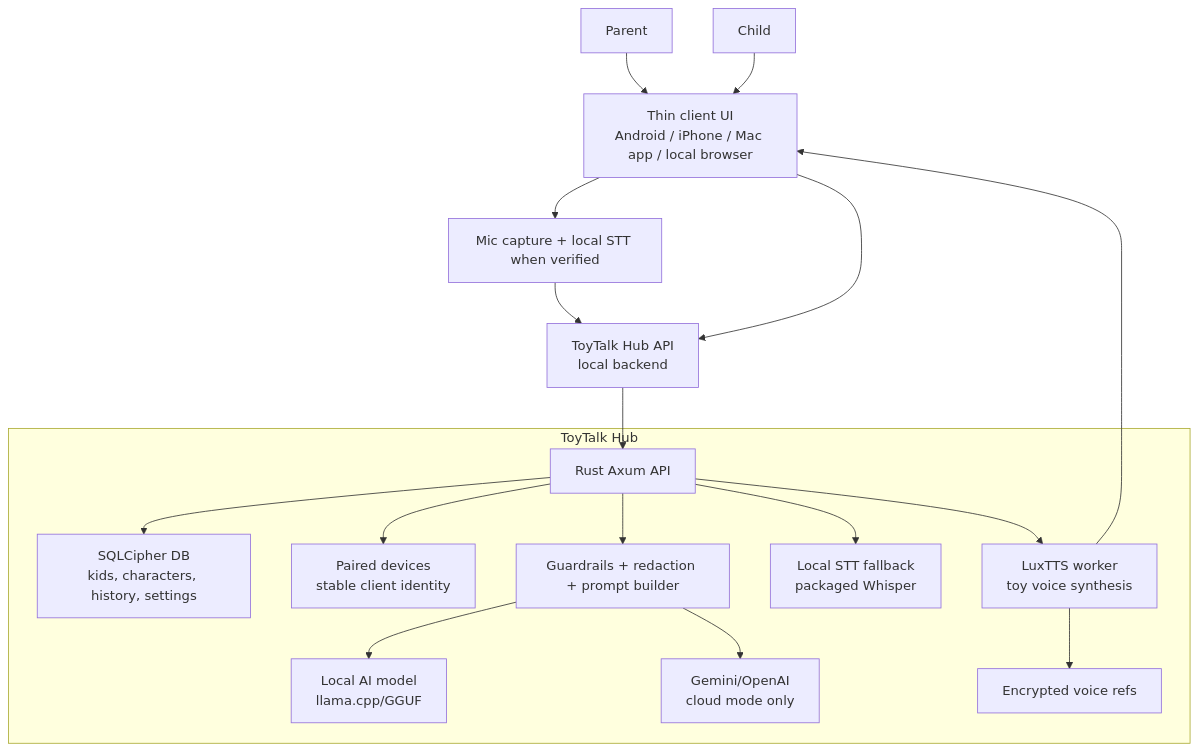
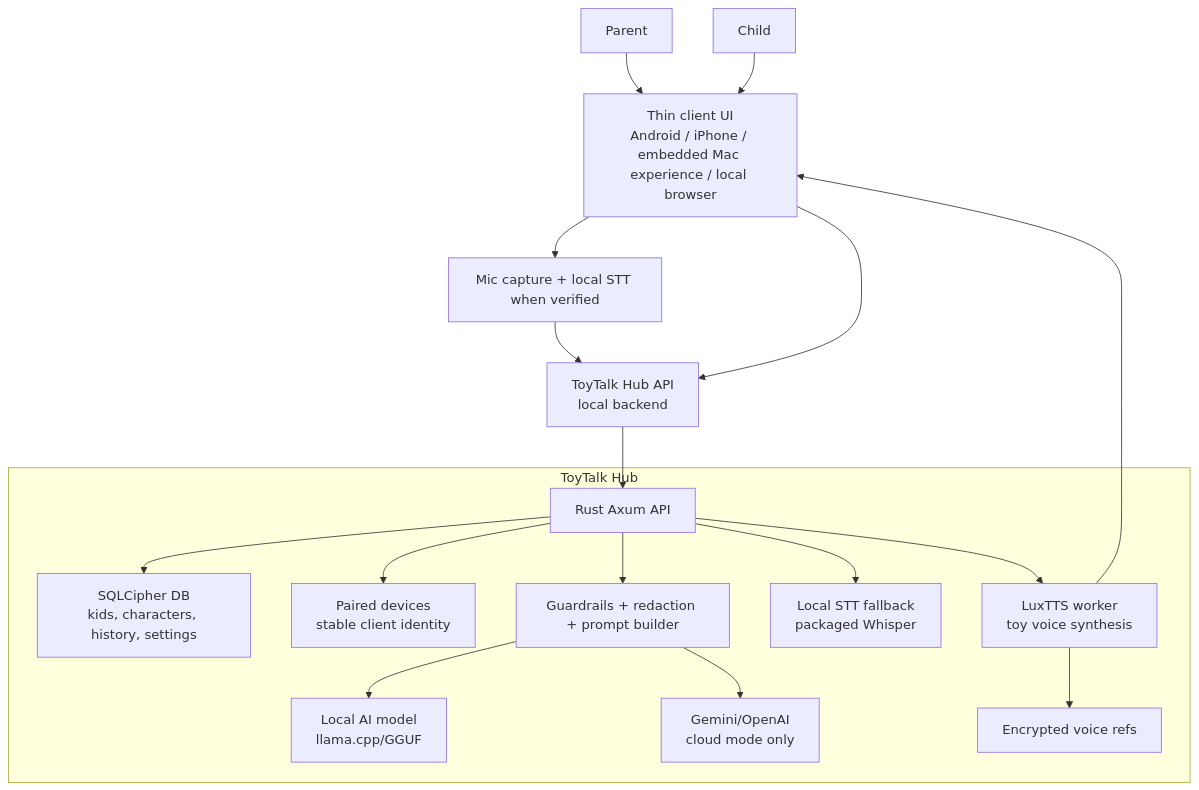
One commit to palwe-prafulla/plushpal changed the first of 4 diagrams in docs/architecture/SYSTEM_DESIGN.md. Above: the diagram before and after it, drawn with Mermaid. The commit also changed other lines of this file and 18 other files, not shown here.

Commit message:
Package Mac client inside ToyTalk Hub

````diff
--- a/docs/architecture/SYSTEM_DESIGN.md
+++ b/docs/architecture/SYSTEM_DESIGN.md
@@ -220,32 +220,32 @@
 ```mermaid
 flowchart TB
-    Parent["Parent"] --> Client["Thin client UI<br/>Android / iPhone / Mac app / local browser"]
+    Parent["Parent"] --> Client["Thin client UI<br/>Android / iPhone / embedded Mac experience / local browser"]
     Child["Child"] --> Client
 
     Client --> Mic["Mic capture + local STT when verified"]
     Mic --> HubAPI["ToyTalk Hub API<br/>local backend"]
     Client --> HubAPI
 
     subgraph Hub["ToyTalk Hub"]
         API["Rust Axum API"]
         DB["SQLCipher DB<br/>kids, characters, history, settings"]
         Pairing["Paired devices<br/>stable client identity"]
         Policy["Guardrails + redaction + prompt builder"]
         LocalSTT["Local STT fallback<br/>packaged Whisper"]
         LocalLLM["Local AI model<br/>llama.cpp/GGUF"]
         CloudLLM["Gemini/OpenAI<br/>cloud mode only"]
         TTS["LuxTTS worker<br/>toy voice synthesis"]
         VoiceStore["Encrypted voice refs"]
     end
 
     HubAPI --> API
     API --> DB
     API --> Pairing
     API --> Policy
     API --> LocalSTT
     Policy --> LocalLLM
     Policy --> CloudLLM
     API --> TTS
     TTS --> VoiceStore
     TTS --> Client
 ```
````
